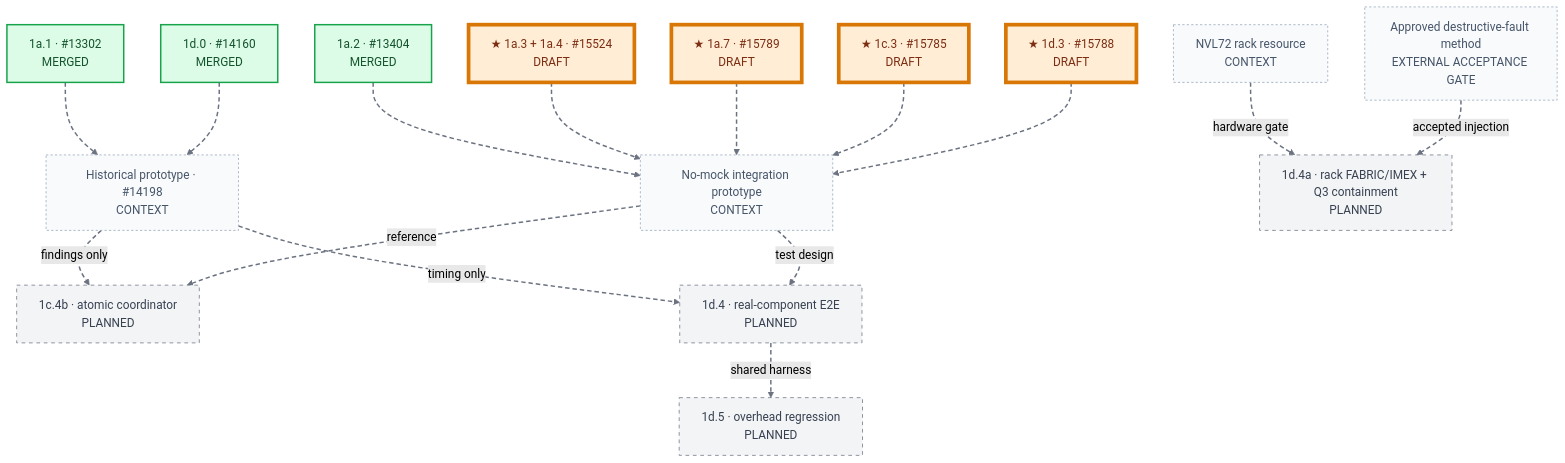
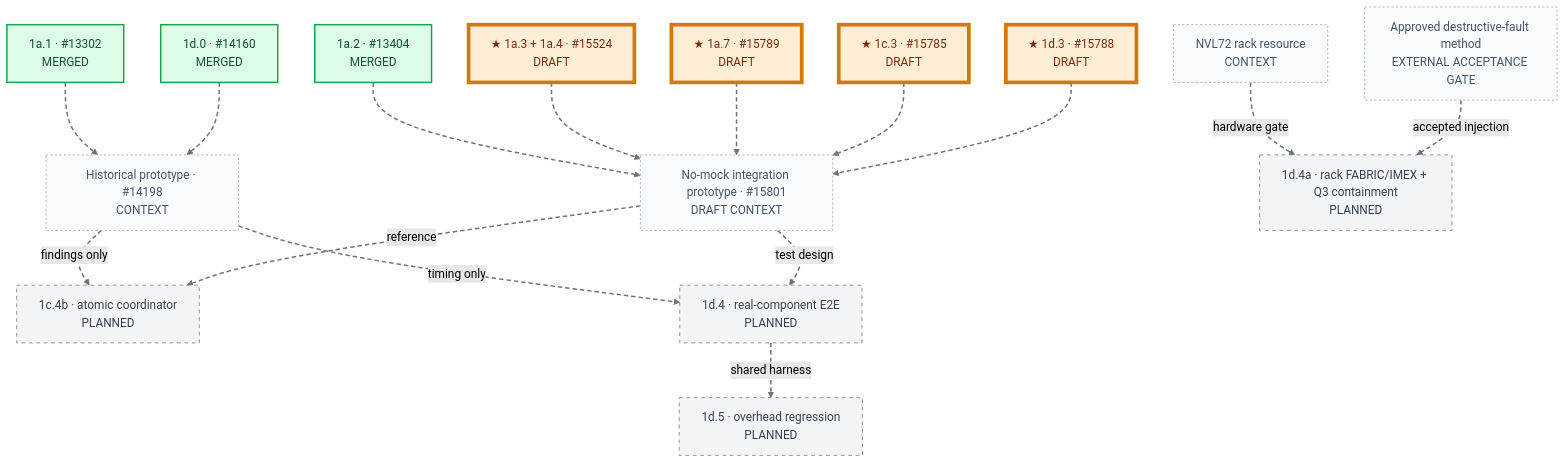
One commit to chienchunhung/TensorRT-LLM changed the eighth of 8 diagrams in docs/design/wide-ep-fault-tolerance/pr-execution/mvp-dependency-graph.md. Above: the diagram before and after it, drawn with Mermaid (forest theme). The commit also changed other lines of this file and 6 other files, not shown here.

````diff
--- a/docs/design/wide-ep-fault-tolerance/pr-execution/mvp-dependency-graph.md
+++ b/docs/design/wide-ep-fault-tolerance/pr-execution/mvp-dependency-graph.md
@@ -477,48 +477,48 @@
 ```mermaid
 flowchart TB
     A1_1["1a.1 · #13302<br/>MERGED"]
     A1_2["1a.2 · #13404<br/>MERGED"]
     D1_0["1d.0 · #14160<br/>MERGED"]
     A1_34["★ 1a.3 + 1a.4 · #15524<br/>DRAFT"]
     A1_7["★ 1a.7 · #15789<br/>DRAFT"]
     C1_3["★ 1c.3 · #15785<br/>DRAFT"]
     D1_3["★ 1d.3 · #15788<br/>DRAFT"]
     OLD_PROTO["Historical prototype · #14198<br/>CONTEXT"]
-    NEW_PROTO["No-mock integration prototype<br/>CONTEXT"]
+    NEW_PROTO["No-mock integration prototype · #15801<br/>DRAFT CONTEXT"]
     NVL72_RESOURCE["NVL72 rack resource<br/>CONTEXT"]
     APPROVED_FAULT_METHOD["Approved destructive-fault method<br/>EXTERNAL ACCEPTANCE GATE"]
     C1_4B["1c.4b · atomic coordinator<br/>PLANNED"]
     D1_4["1d.4 · real-component E2E<br/>PLANNED"]
     D1_4A["1d.4a · rack FABRIC/IMEX + Q3 containment<br/>PLANNED"]
     D1_5["1d.5 · overhead regression<br/>PLANNED"]
 
     D1_4 -.->|shared harness| D1_5
     A1_1 -.-> OLD_PROTO
     D1_0 -.-> OLD_PROTO
     OLD_PROTO -.->|findings only| C1_4B
     OLD_PROTO -.->|timing only| D1_4
     A1_2 -.-> NEW_PROTO
     A1_34 -.-> NEW_PROTO
     A1_7 -.-> NEW_PROTO
     C1_3 -.-> NEW_PROTO
     D1_3 -.-> NEW_PROTO
     NEW_PROTO -.->|reference| C1_4B
     NEW_PROTO -.->|test design| D1_4
     NVL72_RESOURCE -.->|hardware gate| D1_4A
     APPROVED_FAULT_METHOD -.->|accepted injection| D1_4A
 
     linkStyle default stroke:#6b7280,stroke-width:2px,stroke-dasharray:6 4;
 
     classDef merged fill:#dcfce7,stroke:#16a34a,color:#14532d,stroke-width:2px;
     classDef draft fill:#ffedd5,stroke:#f97316,color:#7c2d12,stroke-width:2px;
     classDef reviewing fill:#dbeafe,stroke:#2563eb,color:#1e3a8a,stroke-width:2px;
     classDef planned fill:#f3f4f6,stroke:#6b7280,color:#374151,stroke-dasharray:5 5;
     classDef context fill:#f8fafc,stroke:#94a3b8,color:#475569,stroke-dasharray:3 3;
     classDef candidate stroke:#d97706,stroke-width:5px,stroke-dasharray:0;
 
     class A1_1,A1_2,D1_0 merged;
     class A1_34,A1_7,C1_3,D1_3 draft;
     class C1_4B,D1_4,D1_4A,D1_5 planned;
     class OLD_PROTO,NEW_PROTO,NVL72_RESOURCE,APPROVED_FAULT_METHOD context;
     class A1_34,A1_7,C1_3,D1_3 candidate;
 ```
````
